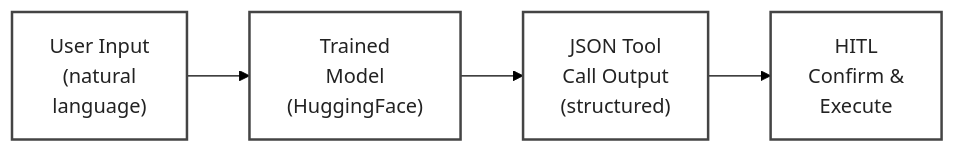
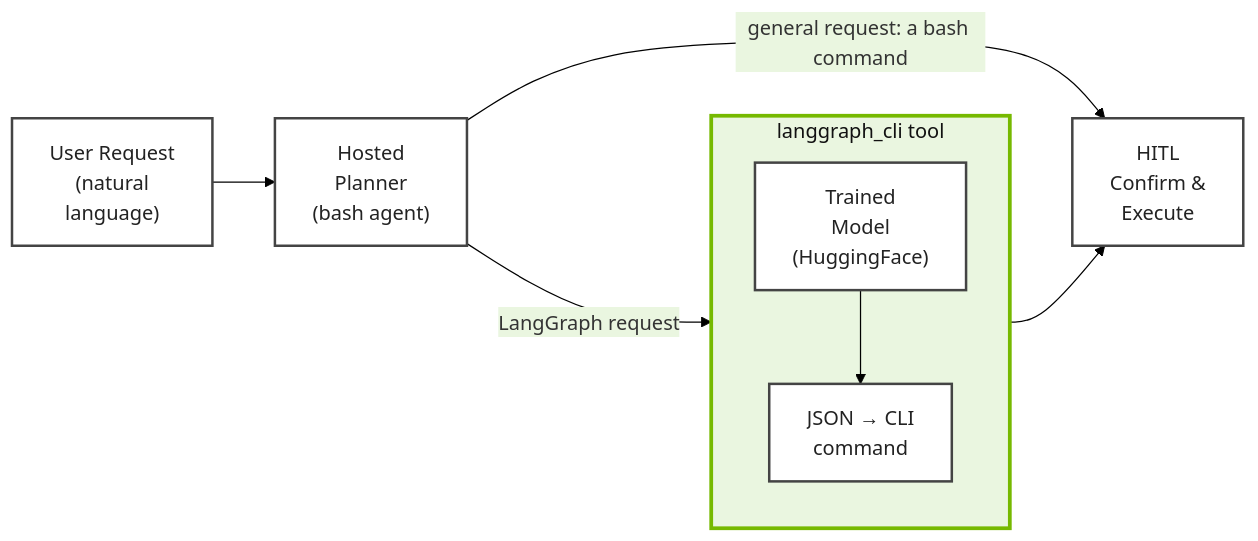
The diagram in .devx/4-agent-customization/img/inference_pipeline.mmd (brevdev/workshop-build-an-agent), drawn with Mermaid before and after one commit. The commit also changed 17 other files, not shown here.

```diff
--- a/.devx/4-agent-customization/img/inference_pipeline.mmd
+++ b/.devx/4-agent-customization/img/inference_pipeline.mmd
@@ -1,15 +1,21 @@
 ---
 config:
   theme: 'base'
   themeVariables:
     primaryColor: '#eaf6e0'
     secondaryColor: '#eaf6e0'
     background: white
 ---
 
 flowchart LR
 
-    input[User Input<br />#40;natural<br />language#41;] --> model[Trained<br />Model<br />#40;HuggingFace#41;] --> json[JSON Tool<br />Call Output<br />#40;structured#41;] --> hitl[HITL<br />Confirm &<br />Execute]
+    input[User Request<br />#40;natural<br />language#41;] --> planner[Hosted<br />Planner<br />#40;bash agent#41;]
+    planner -- general request: a bash command --> hitl[HITL<br />Confirm &<br />Execute]
+    planner -- LangGraph request --> tool
+    subgraph tool [langgraph_cli tool]
+        model[Trained<br />Model<br />#40;HuggingFace#41;] --> json[JSON → CLI<br />command]
+    end
+    tool --> hitl
 
     classDef node fill:#fff,stroke:#444,stroke-width:2px,color:#222;
     classDef cluster fill:#eaf6e0,stroke:#76b900,stroke-width:3px,color:#111,rounded corners,shadow;
```
